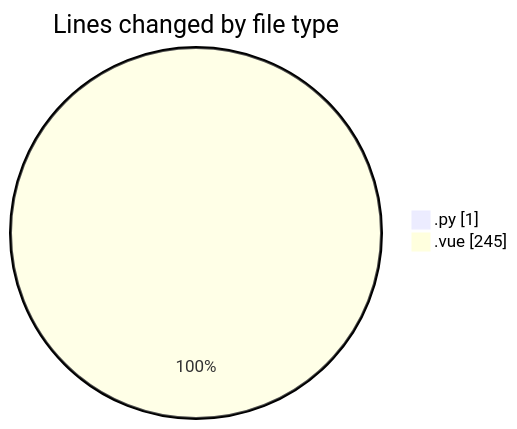
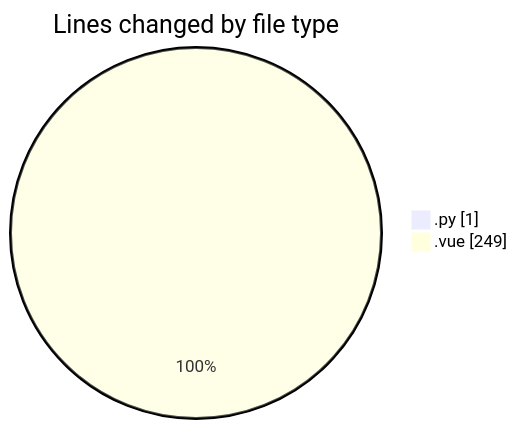
One commit to jcpc91/code-tracking changed the first of 2 diagrams in 2025-05-12/cancelacionsegurosvida/README.md. Above: the diagram before and after it, drawn with Mermaid. The commit also changed other lines of this file and 1 other file, not shown here.

````diff
--- a/2025-05-12/cancelacionsegurosvida/README.md
+++ b/2025-05-12/cancelacionsegurosvida/README.md
@@ -23,6 +23,6 @@
 ```mermaid
 pie showData
 title Lines changed by file type
 ".py" : 1
-".vue" : 245
+".vue" : 249
 ```
````
